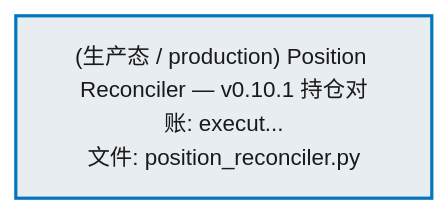
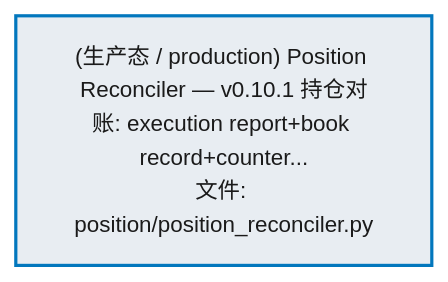
The second of 3 diagrams in docs/02_enterprise_architecture/02_domain_architecture_docs/64_d_position.md (xuanFelixVan/ZephyrAlpha), drawn with Mermaid before and after one commit. The commit also changed other lines of this file and 63 other files, not shown here.

````diff
--- a/docs/02_enterprise_architecture/02_domain_architecture_docs/64_d_position.md
+++ b/docs/02_enterprise_architecture/02_domain_architecture_docs/64_d_position.md
@@ -76,10 +76,10 @@
 ```mermaid
 %%{init: {'theme': 'base', 'themeVariables': {'primaryColor': '#eaeaea', 'primaryTextColor': '#333333', 'primaryBorderColor': '#666666', 'lineColor': '#666666', 'secondaryColor': '#eaeaea', 'tertiaryColor': '#eaeaea', 'fontSize': '14px'}}}%%
 flowchart TD
-    src_zephyr_position_position_reconciler_py["(生产态 / production) Position Reconciler — v0.10.1 持仓对账: execut...<br/>文件: position_reconciler.py"]
+    src_zephyr_position_position_reconciler_py["(生产态 / production) Position Reconciler — v0.10.1 持仓对账: execution report+book record+counter...<br/>文件: position/position_reconciler.py"]
     classDef production fill:#e8edf2,stroke:#0277bd,stroke-width:2px,color:#1a1a1a
     classDef design fill:#f0ebe3,stroke:#bf360c,stroke-width:2px,color:#1a1a1a,stroke-dasharray: 5 5
     classDef external_prod fill:#e8efe9,stroke:#1b5e20,stroke-width:1px,color:#1a1a1a
     classDef external_design fill:#efe5ea,stroke:#880e4f,stroke-width:1px,color:#1a1a1a,stroke-dasharray: 5 5
     class src_zephyr_position_position_reconciler_py production
 ```
````
